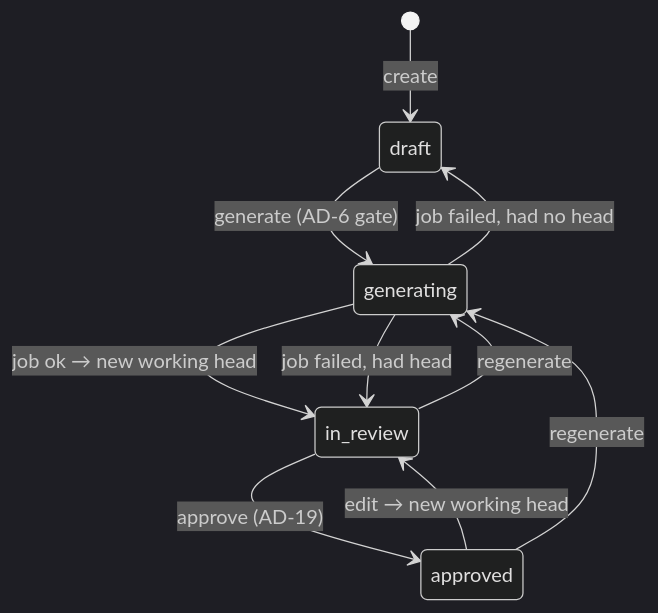
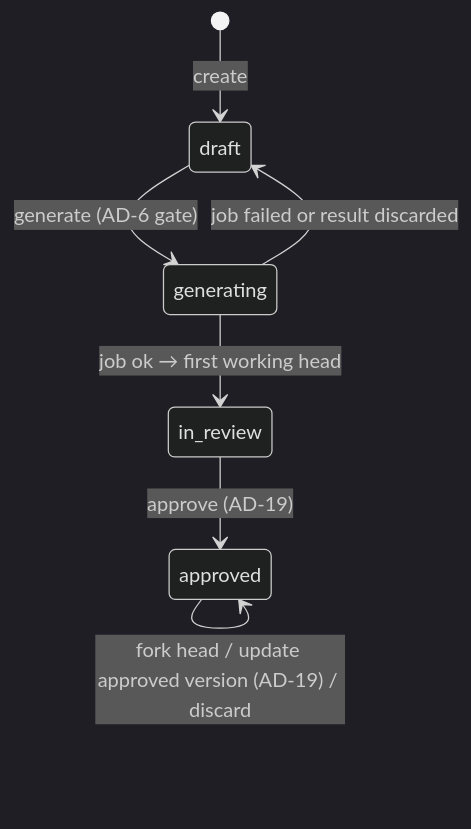
Before and after one commit to mac-sonja/mac-recap: the third of 5 diagrams in _bmad-output/planning-artifacts/architecture/architecture-MAC Recap-2026-10-08/ARCHITECTURE-SPINE.md, drawn with Mermaid (dark theme). The commit also changed other lines of this file and 5 other files, not shown here.

First line of the commit message:
Update MAC Recap architecture spine to PRD v2

````diff
--- a/_bmad-output/planning-artifacts/architecture/architecture-MAC Recap-2026-10-08/ARCHITECTURE-SPINE.md
+++ b/_bmad-output/planning-artifacts/architecture/architecture-MAC Recap-2026-10-08/ARCHITECTURE-SPINE.md
@@ -94,12 +102,9 @@
 ```mermaid
 stateDiagram-v2
   [*] --> draft: create
   draft --> generating: generate (AD-6 gate)
-  in_review --> generating: regenerate
-  generating --> in_review: job ok → new working head
-  generating --> draft: job failed, had no head
-  generating --> in_review: job failed, had head
+  generating --> in_review: job ok → first working head
+  generating --> draft: job failed or result discarded
   in_review --> approved: approve (AD-19)
-  approved --> in_review: edit → new working head
-  approved --> generating: regenerate
+  approved --> approved: fork head / update approved version (AD-19) / discard
 ```
````
